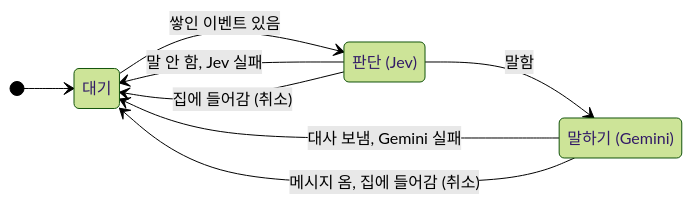
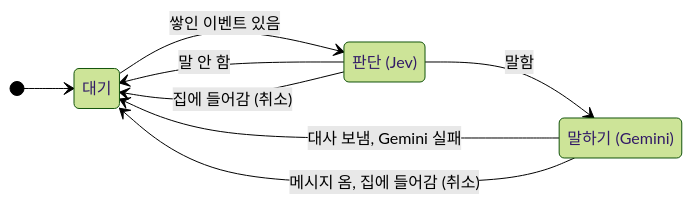
One commit to HEOSEONGILml/AssistantChatBot changed the fifth of 9 diagrams in ARCHITECTURE.md. Above: the diagram before and after it, drawn with Mermaid (forest theme). The commit also changed other lines of this file, not shown here.

Commit message:
docs: ARCHITECTURE 새로 작성(구조·동작만, 코드와 대조, 검수 이력은 요약 문서로)

````diff
--- a/ARCHITECTURE.md
+++ b/ARCHITECTURE.md
@@ -249,14 +284,14 @@
 ```mermaid
 stateDiagram-v2
   direction LR
   state "대기" as Idle
   state "판단 (Jev)" as Judging
   state "말하기 (Gemini)" as Speaking
   [*] --> Idle
   Idle --> Judging: 쌓인 이벤트 있음
-  Judging --> Idle: 말 안 함, Jev 실패
+  Judging --> Idle: 말 안 함
   Judging --> Speaking: 말함
   Speaking --> Idle: 대사 보냄, Gemini 실패
   Judging --> Idle: 집에 들어감 (취소)
   Speaking --> Idle: 메시지 옴, 집에 들어감 (취소)
 ```
````
